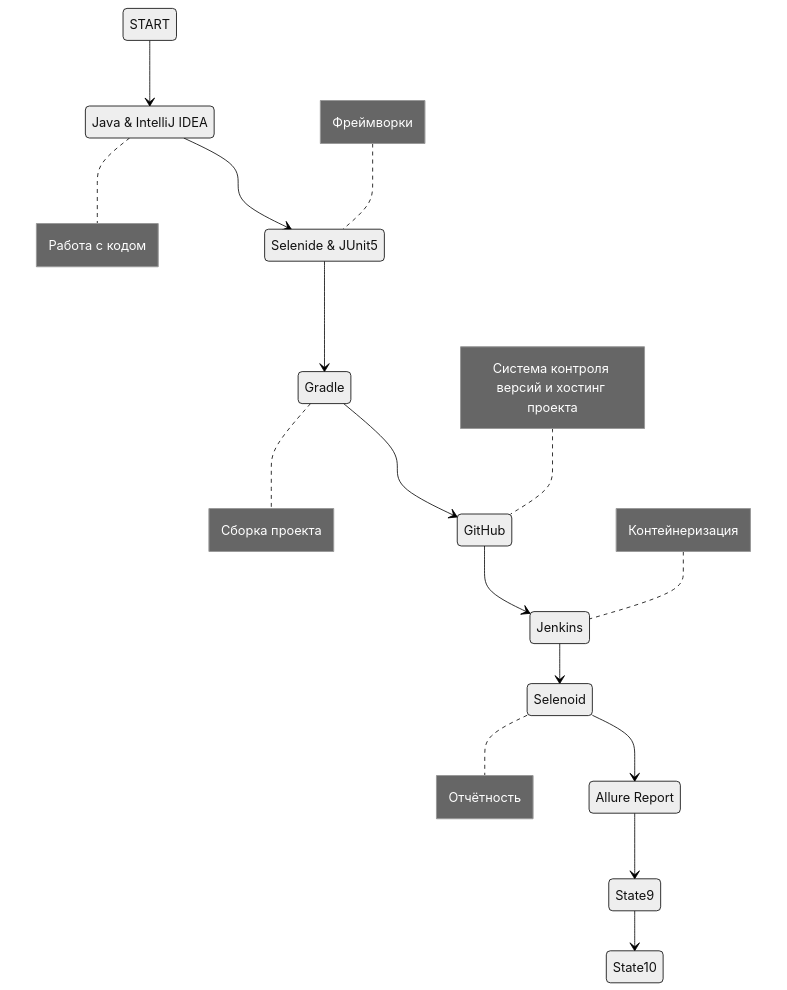
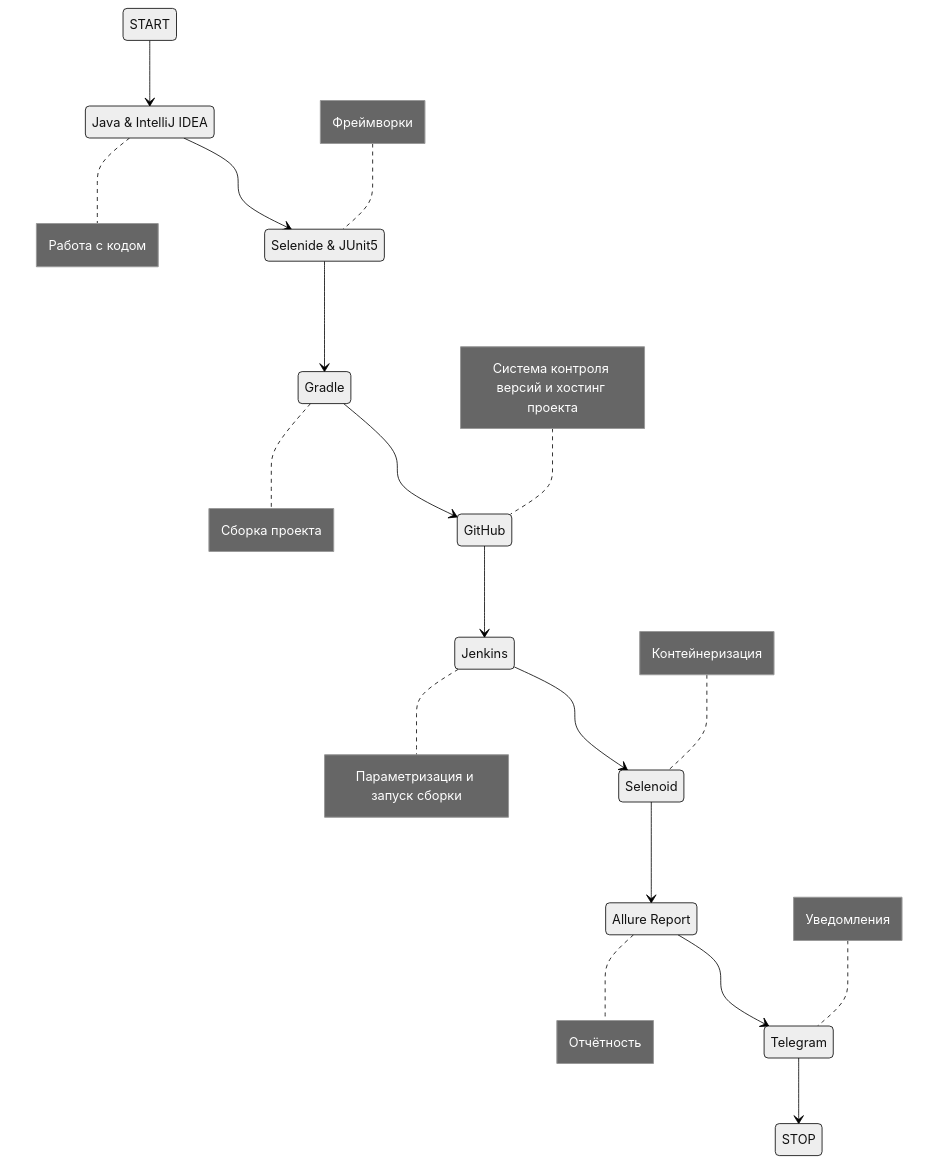
The diagram in README.md (AGordey/Diplom_Mobile_Test_Part_3), drawn with Mermaid (neutral theme) before and after one commit.

Commit message:
Diplom part 3 Mobile

````diff
--- a/README.md
+++ b/README.md
@@ -29,26 +29,30 @@
 ```mermaid        
     stateDiagram-v2
         State1: START
         State2: Java & IntelliJ IDEA
         State3: Selenide & JUnit5
         State4: Gradle
         State5: GitHub
         State6: Jenkins
         State7: Selenoid
         State8: Allure Report
+        State9: Telegram
+        State10: STOP
         State1 --> State2
         State2 --> State3
         State3 --> State4
         State4 --> State5
         State5 --> State6
         State6 --> State7
         State7 --> State8
         State8 --> State9
         State9 --> State10
         note right of State2 : Работа с кодом
         note left of State3 : Фреймворки
         note right of State4 : Сборка проекта
         note left of State5 : Система контроля версий и хостинг проекта
-        note left of State6 : Контейнеризация
-        note right of State7 : Отчётность
+        note right of State6 : Параметризация и запуск сборки
+        note left of State7 : Контейнеризация
+        note right of State8 : Отчётность
+        note left of State9 : Уведомления
 ```
````
